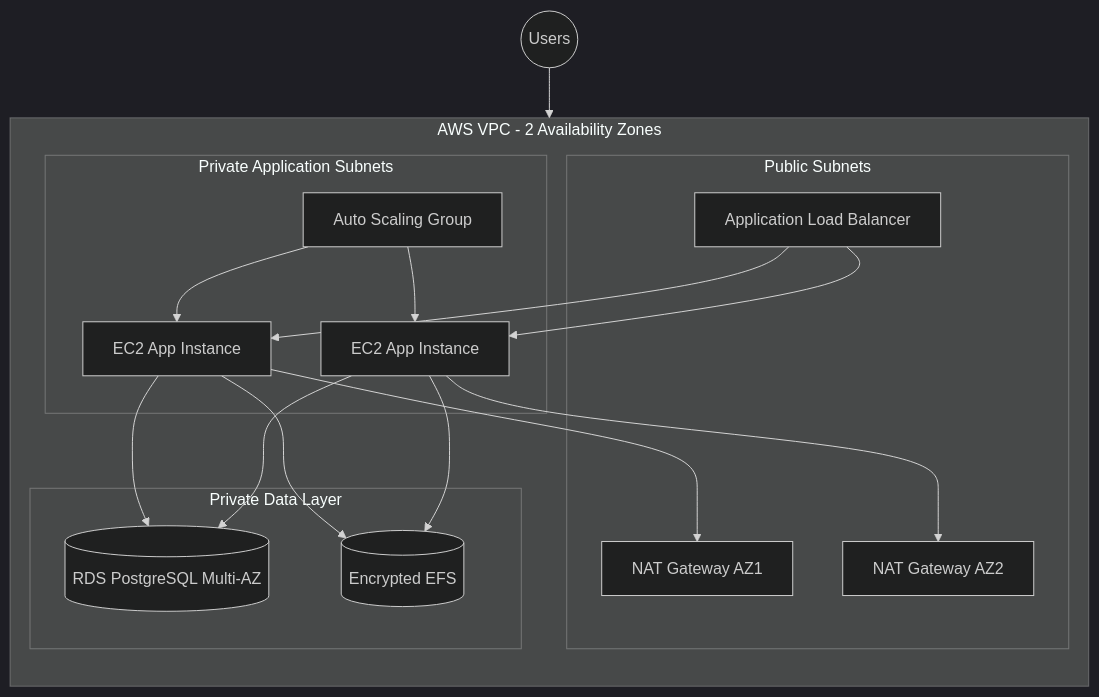
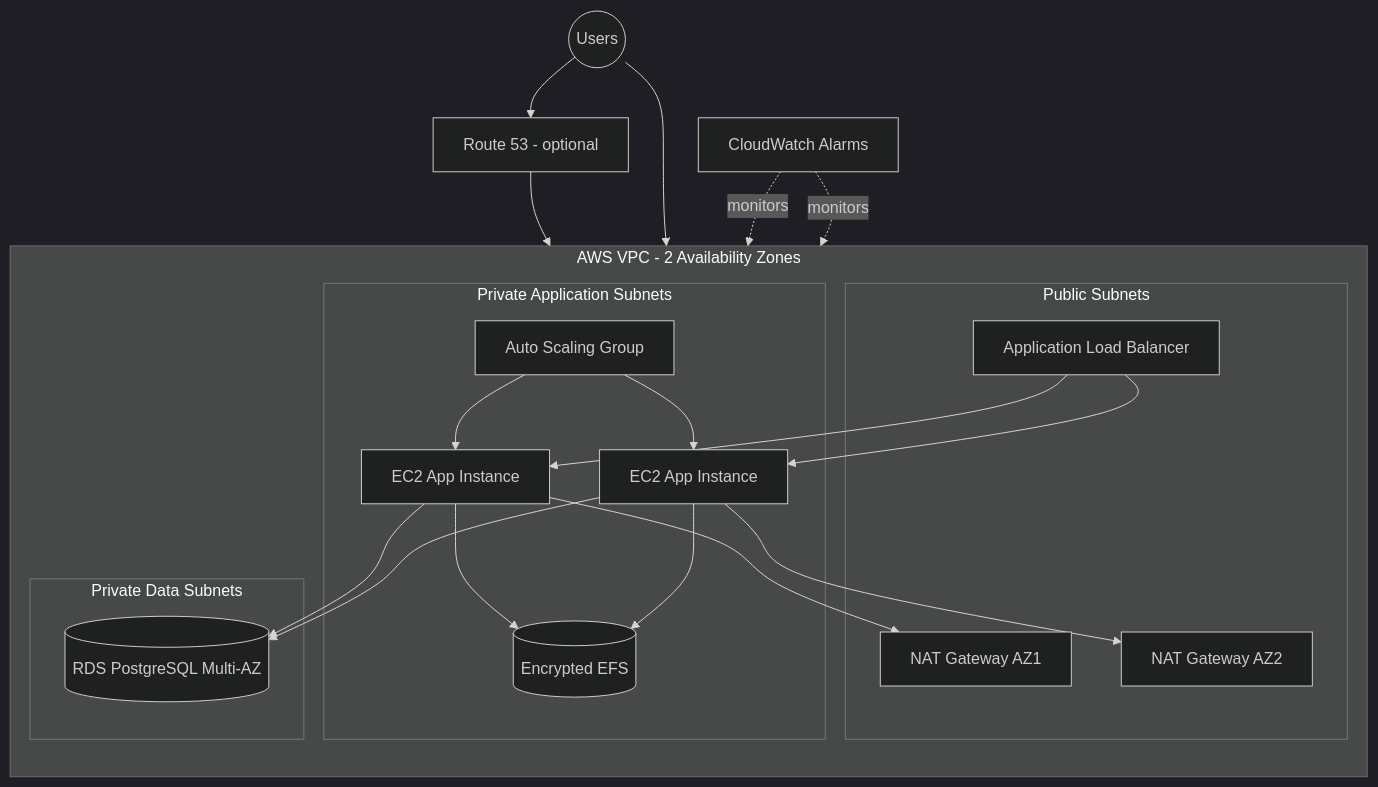
One commit to Elgrandeyury/aws-terraform-infrastructure changed the diagram in README.md. Above: the diagram before and after it, drawn with Mermaid (dark theme). The commit also changed other lines of this file, not shown here.

````diff
--- a/README.md
+++ b/README.md
@@ -9,36 +9,41 @@
 ```mermaid
 flowchart TB
-    Users((Users)) --> ALB[Application Load Balancer]
+    Users((Users)) --> DNS[Route 53 - optional]
+    DNS --> ALB[Application Load Balancer]
+    Users --> ALB
 
     subgraph VPC[AWS VPC - 2 Availability Zones]
         direction TB
 
         subgraph Public[Public Subnets]
             ALB
             NAT1[NAT Gateway AZ1]
             NAT2[NAT Gateway AZ2]
         end
 
         subgraph App[Private Application Subnets]
             ASG[Auto Scaling Group]
             EC21[EC2 App Instance]
             EC22[EC2 App Instance]
+            EFS[(Encrypted EFS)]
             ASG --> EC21
             ASG --> EC22
         end
 
-        subgraph Data[Private Data Layer]
+        subgraph Data[Private Data Subnets]
             RDS[(RDS PostgreSQL Multi-AZ)]
-            EFS[(Encrypted EFS)]
         end
 
         ALB --> EC21
         ALB --> EC22
         EC21 --> RDS
         EC22 --> RDS
         EC21 --> EFS
         EC22 --> EFS
         EC21 --> NAT1
         EC22 --> NAT2
     end
+
+    CW[CloudWatch Alarms] -. monitors .-> ASG
+    CW -. monitors .-> RDS
 ```
````
